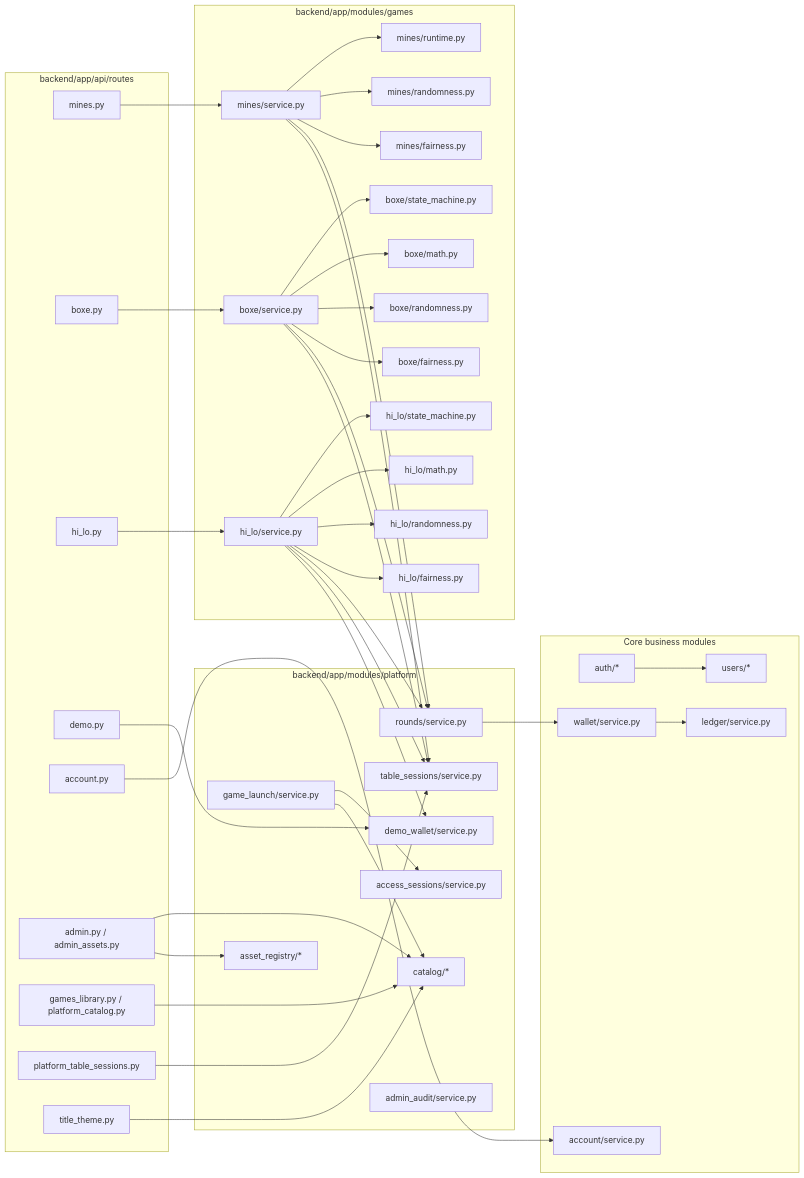
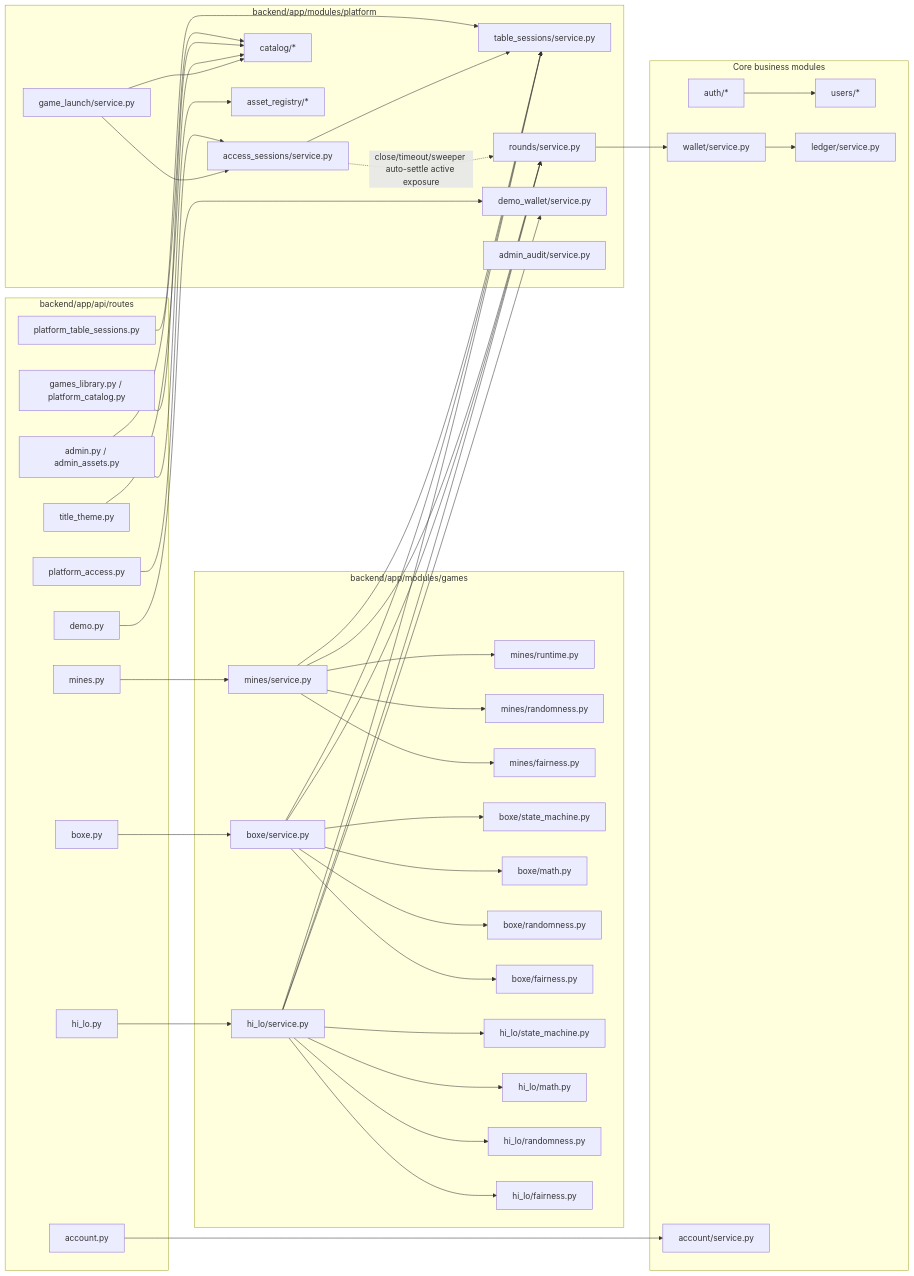
The fourth of 11 diagrams in docs/CODE_ARCHITECTURE_MERMAID_MAP_2026-05-22.md (moromike/casinoking-platform), drawn with Mermaid before and after one commit. The commit also changed other lines of this file and 50 other files, not shown here.

```diff
--- a/docs/CODE_ARCHITECTURE_MERMAID_MAP_2026-05-22.md
+++ b/docs/CODE_ARCHITECTURE_MERMAID_MAP_2026-05-22.md
@@ -200,6 +204,7 @@
     AccountRoute["account.py"]
     AdminRoute["admin.py / admin_assets.py"]
     CatalogRoute["games_library.py / platform_catalog.py"]
+    AccessRoute["platform_access.py"]
     TableRoute["platform_table_sessions.py"]
     ThemeRoute["title_theme.py"]
   end
@@ -250,6 +255,7 @@
   AdminRoute --> Catalog
   AdminRoute --> Assets
   CatalogRoute --> Catalog
+  AccessRoute --> Access
   TableRoute --> TableSessions
   ThemeRoute --> Catalog
 
@@ -276,6 +282,8 @@
 
   Launch --> Access
   Launch --> Catalog
+  Access -. close/timeout/sweeper auto-settle active exposure .-> Rounds
+  Access --> TableSessions
   Rounds --> Wallet
   Wallet --> Ledger
   Auth --> Users
```
